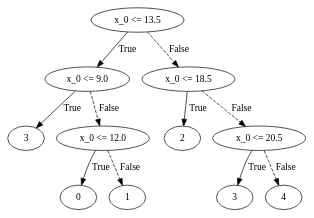
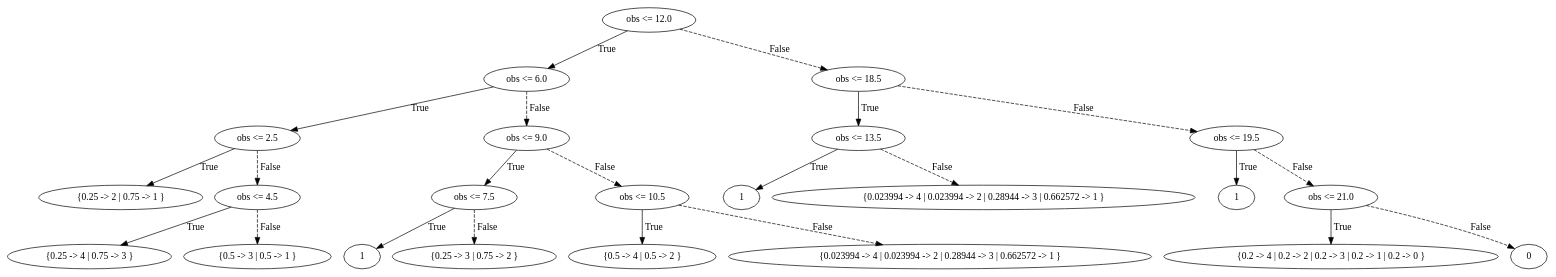
One commit to muqsit-azeem/pomdp-explainable-strategies changed the diagram in quantitative/explainable-fsc/hallway-cutoffstrategy/schedulers/22/default.dot. Above: the diagram before and after it, drawn with Graphviz. The commit also changed 1006 other files, not shown here.

```diff
--- a/quantitative/explainable-fsc/hallway-cutoffstrategy/schedulers/22/default.dot
+++ b/quantitative/explainable-fsc/hallway-cutoffstrategy/schedulers/22/default.dot
@@ -1,24 +1,48 @@
 digraph {
-0 [label="x_0 <= 13.5"];
-1 [label="x_0 <= 9.0"];
-2 [label="3"];
+0 [label="obs <= 12.0"];
+1 [label="obs <= 6.0"];
+2 [label="obs <= 2.5"];
+3 [label="{0.25 -> 2 | 0.75 -> 1 }"];
+2 -> 3 [label="True"];
+4 [label="obs <= 4.5"];
+5 [label="{0.25 -> 4 | 0.75 -> 3 }"];
+4 -> 5 [label="True"];
+6 [label="{0.5 -> 3 | 0.5 -> 1 }"];
+4 -> 6 [style="dashed", label="False"];
+2 -> 4 [style="dashed", label="False"];
 1 -> 2 [label="True"];
-3 [label="x_0 <= 12.0"];
-4 [label="0"];
-3 -> 4 [label="True"];
-5 [label="1"];
-3 -> 5 [style="dashed", label="False"];
-1 -> 3 [style="dashed", label="False"];
+7 [label="obs <= 9.0"];
+8 [label="obs <= 7.5"];
+9 [label="1"];
+8 -> 9 [label="True"];
+10 [label="{0.25 -> 3 | 0.75 -> 2 }"];
+8 -> 10 [style="dashed", label="False"];
+7 -> 8 [label="True"];
+11 [label="obs <= 10.5"];
+12 [label="{0.5 -> 4 | 0.5 -> 2 }"];
+11 -> 12 [label="True"];
+13 [label="{0.023994 -> 4 | 0.023994 -> 2 | 0.28944 -> 3 | 0.662572 -> 1 }"];
+11 -> 13 [style="dashed", label="False"];
+7 -> 11 [style="dashed", label="False"];
+1 -> 7 [style="dashed", label="False"];
 0 -> 1 [label="True"];
-6 [label="x_0 <= 18.5"];
-7 [label="2"];
-6 -> 7 [label="True"];
-8 [label="x_0 <= 20.5"];
-9 [label="3"];
-8 -> 9 [label="True"];
-10 [label="4"];
-8 -> 10 [style="dashed", label="False"];
-6 -> 8 [style="dashed", label="False"];
-0 -> 6 [style="dashed", label="False"];
+14 [label="obs <= 18.5"];
+15 [label="obs <= 13.5"];
+16 [label="1"];
+15 -> 16 [label="True"];
+17 [label="{0.023994 -> 4 | 0.023994 -> 2 | 0.28944 -> 3 | 0.662572 -> 1 }"];
+15 -> 17 [style="dashed", label="False"];
+14 -> 15 [label="True"];
+18 [label="obs <= 19.5"];
+19 [label="1"];
+18 -> 19 [label="True"];
+20 [label="obs <= 21.0"];
+21 [label="{0.2 -> 4 | 0.2 -> 2 | 0.2 -> 3 | 0.2 -> 1 | 0.2 -> 0 }"];
+20 -> 21 [label="True"];
+22 [label="0"];
+20 -> 22 [style="dashed", label="False"];
+18 -> 20 [style="dashed", label="False"];
+14 -> 18 [style="dashed", label="False"];
+0 -> 14 [style="dashed", label="False"];
 
 }
```
